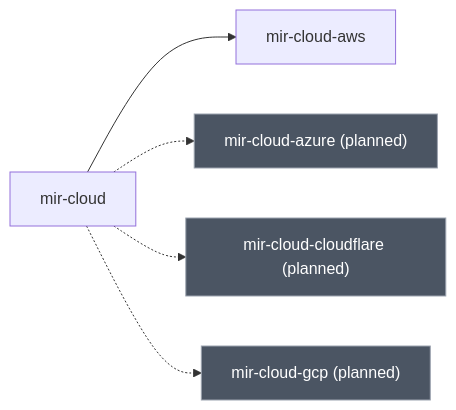
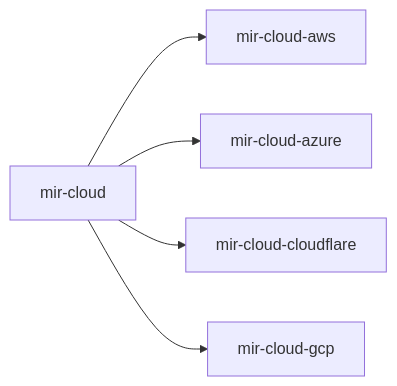
One commit to anantbhandarkar/make-it-right changed the sixth of 9 diagrams in docs/skill-tree.md. Above: the diagram before and after it, drawn with Mermaid. The commit also changed other lines of this file and 23 other files, not shown here.

````diff
--- a/docs/skill-tree.md
+++ b/docs/skill-tree.md
@@ -554,16 +361,14 @@
 ```mermaid
 flowchart LR
     accTitle: The cloud pillar
-    accDescr: Tree of the cloud pillar showing 2 written skills and 3 planned ones, each edge running from a skill to the more specific skill that extends it
+    accDescr: Tree of the cloud pillar showing 5 written skills and 0 planned ones, each edge running from a skill to the more specific skill that extends it
     p_mir_cloud["mir-cloud"]
     t_mir_cloud_aws["mir-cloud-aws"]
-    x_mir_cloud_azure["mir-cloud-azure (planned)"]
-    x_mir_cloud_cloudflare["mir-cloud-cloudflare (planned)"]
-    x_mir_cloud_gcp["mir-cloud-gcp (planned)"]
+    t_mir_cloud_azure["mir-cloud-azure"]
+    t_mir_cloud_cloudflare["mir-cloud-cloudflare"]
+    t_mir_cloud_gcp["mir-cloud-gcp"]
     p_mir_cloud --> t_mir_cloud_aws
-    p_mir_cloud -.-> x_mir_cloud_azure
-    p_mir_cloud -.-> x_mir_cloud_cloudflare
-    p_mir_cloud -.-> x_mir_cloud_gcp
-    classDef planned fill:#4b5563,stroke:#9ca3af,color:#ffffff
-    class x_mir_cloud_azure,x_mir_cloud_cloudflare,x_mir_cloud_gcp planned
+    p_mir_cloud --> t_mir_cloud_azure
+    p_mir_cloud --> t_mir_cloud_cloudflare
+    p_mir_cloud --> t_mir_cloud_gcp
 ```
````
